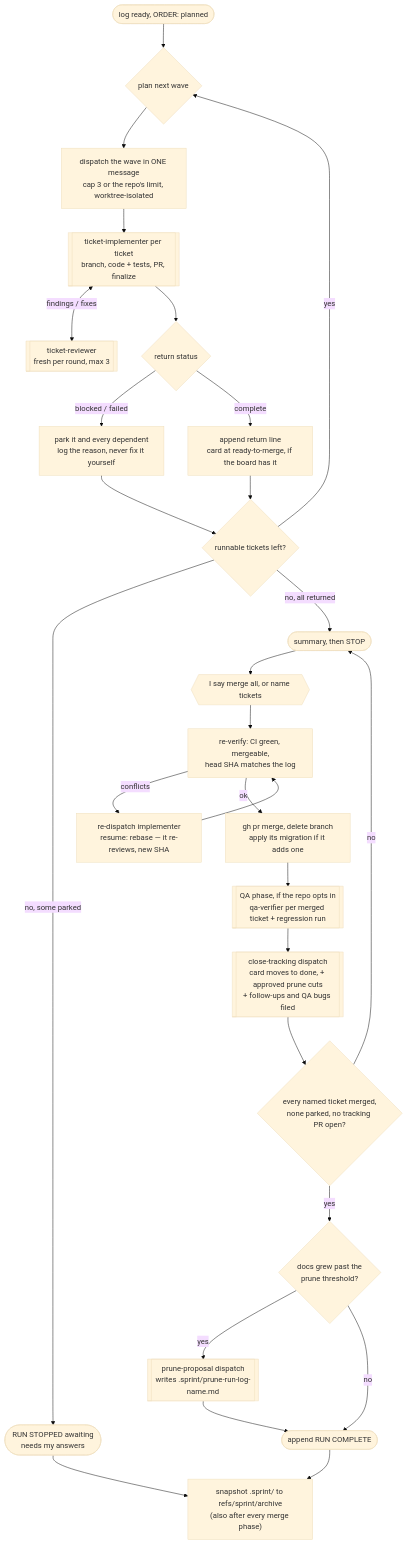
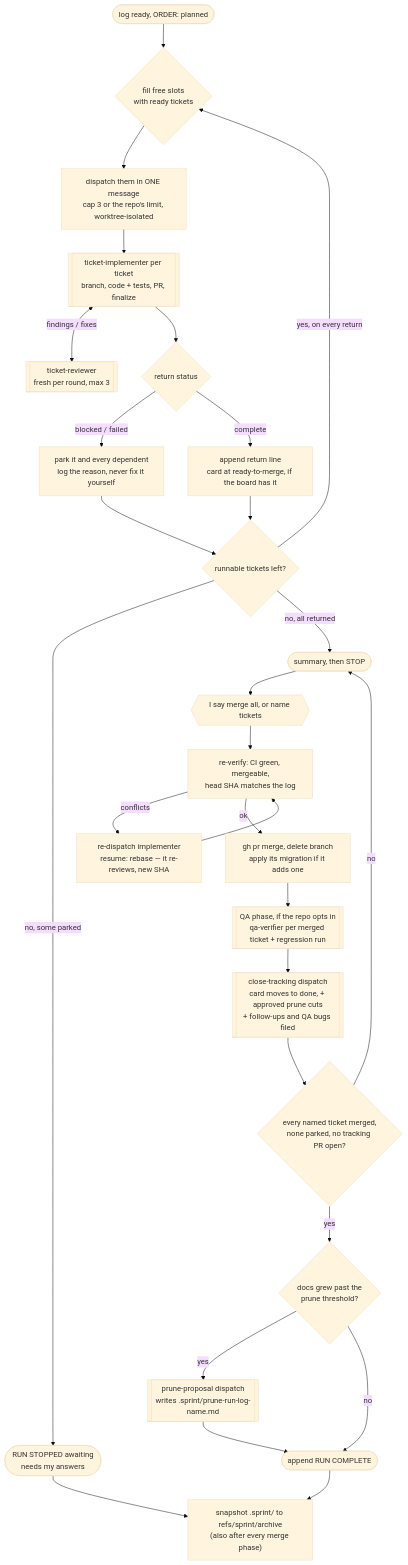
The second of 3 diagrams in sprint/SKILL.md (kyimoemin/skills), drawn with Mermaid (base theme) before and after one commit. The commit also changed other lines of this file and 2 other files, not shown here.

First line of the commit message:
sprint: refill a freed slot at once instead of waiting for the whole wave

````diff
--- a/sprint/SKILL.md
+++ b/sprint/SKILL.md
@@ -309,46 +311,47 @@
 ```mermaid
 flowchart TB
-    start(["log ready, ORDER: planned"]) --> wave{plan next wave}
-    wave --> disp["dispatch the wave in ONE message
+    start(["log ready, ORDER: planned"]) --> wave{"fill free slots
+with ready tickets"}
+    wave --> disp["dispatch them in ONE message
 cap 3 or the repo's limit, worktree-isolated"]
     disp --> impl[["ticket-implementer per ticket
 branch, code + tests, PR, finalize"]]
     impl <-- "findings / fixes" --> rev[["ticket-reviewer
 fresh per round, max 3"]]
     impl --> ret{return status}
     ret -- "blocked / failed" --> park["park it and every dependent
 log the reason, never fix it yourself"]
     ret -- "complete" --> rec["append return line
 card at ready-to-merge, if the board has it"]
     park --> left{runnable tickets left?}
     rec --> left
-    left -- "yes" --> wave
+    left -- "yes, on every return" --> wave
     left -- "no, some parked" --> stopped(["RUN STOPPED awaiting
 needs my answers"])
     left -- "no, all returned" --> stop([summary, then STOP])
     stop --> word{{"I say merge all, or name tickets"}}
     word --> verify["re-verify: CI green, mergeable,
 head SHA matches the log"]
     verify -- "conflicts" --> redisp["re-dispatch implementer
 resume: rebase — it re-reviews, new SHA"]
     redisp --> verify
     verify -- "ok" --> merged["gh pr merge, delete branch
 apply its migration if it adds one"]
     merged --> qa[["QA phase, if the repo opts in
 qa-verifier per merged ticket + regression run"]]
     qa --> close[["close-tracking dispatch
 card moves to done, + approved prune cuts
 + follow-ups and QA bugs filed"]]
     close --> all{"every named ticket merged,
 none parked, no tracking PR open?"}
     all -- "no" --> stop
     all -- "yes" --> prune{"docs grew past the
 prune threshold?"}
     prune -- "yes" --> prunedisp[["prune-proposal dispatch
 writes .sprint/prune-run-log-name.md"]]
     prune -- "no" --> complete([append RUN COMPLETE])
     prunedisp --> complete
     stopped --> arch["snapshot .sprint/ to refs/sprint/archive
 (also after every merge phase)"]
     complete --> arch
 ```
````
